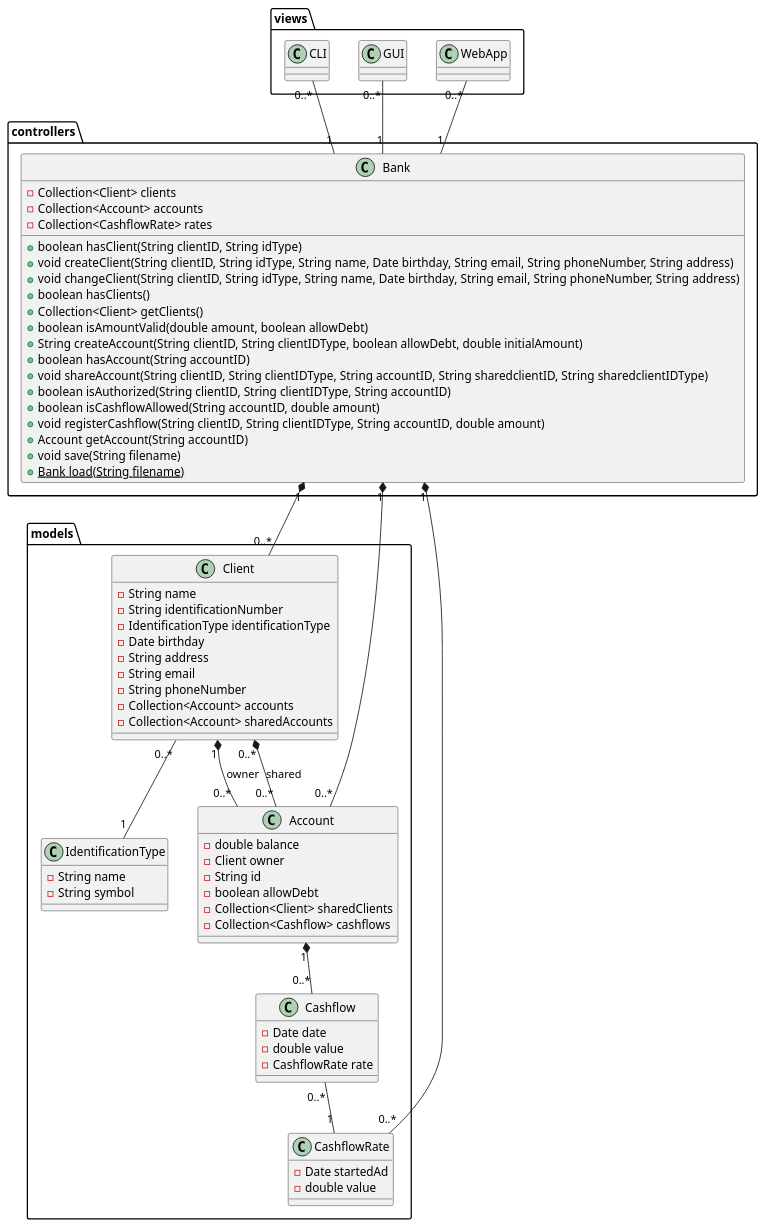
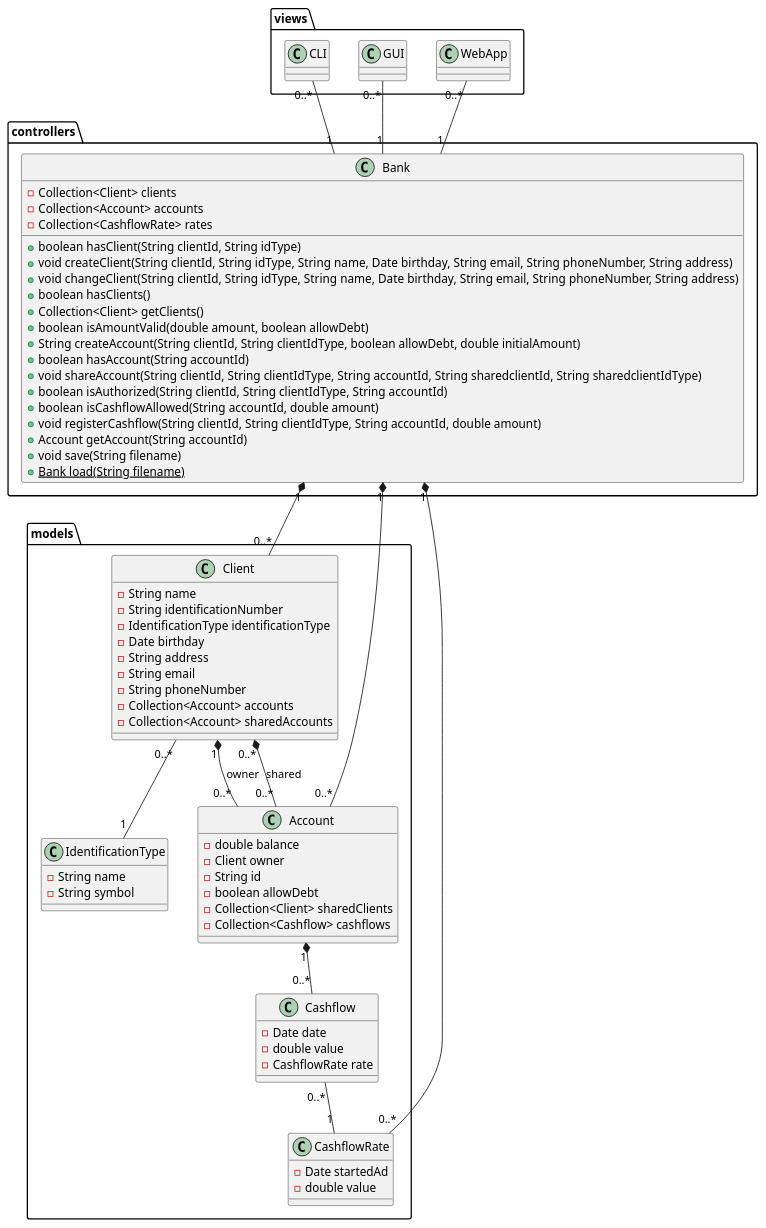
Before and after one commit to PedroFi/POO-2021-2022-Lab-5: the diagram in diagrams/design.puml, drawn with PlantUML. The commit also changed 3 other files, not shown here.

```diff
--- a/diagrams/design.puml
+++ b/diagrams/design.puml
@@ -1,82 +1,82 @@
 @startuml
 package models {
     class Client {
         -String name
         -String identificationNumber
         -IdentificationType identificationType
         -Date birthday
         -String address
         -String email
         -String phoneNumber
         -Collection<Account> accounts
         -Collection<Account> sharedAccounts
     }
 
     class IdentificationType {
         -String name
         -String symbol
     }
 
     class Account {
         -double balance
         -Client owner
         -String id
         -boolean allowDebt
         -Collection<Client> sharedClients
         -Collection<Cashflow> cashflows
     }
 
     class Cashflow {
         -Date date
         -double value
         -CashflowRate rate
     }
 
     class CashflowRate {
         -Date startedAd
         -double value
     }
 
     Client "1" *-- "0..*" Account : owner
     Client "0..*" *-- "0..*" Account : shared
     Client "0..*" -- "1" IdentificationType
     Account "1" *-- "0..*" Cashflow
     Cashflow "0..*" -- "1" CashflowRate
 }
 
 package controllers {
     class Bank {
         -Collection<Client> clients
         -Collection<Account> accounts
         -Collection<CashflowRate> rates
-        +boolean hasClient(String clientID, String idType)
-        +void createClient(String clientID, String idType, String name, Date birthday, String email, String phoneNumber, String address)
-        +void changeClient(String clientID, String idType, String name, Date birthday, String email, String phoneNumber, String address)
+        +boolean hasClient(String clientId, String idType)
+        +void createClient(String clientId, String idType, String name, Date birthday, String email, String phoneNumber, String address)
+        +void changeClient(String clientId, String idType, String name, Date birthday, String email, String phoneNumber, String address)
         +boolean hasClients()
         +Collection<Client> getClients()
         +boolean isAmountValid(double amount, boolean allowDebt)
-        +String createAccount(String clientID, String clientIDType, boolean allowDebt, double initialAmount)
-        +boolean hasAccount(String accountID)
-        +void shareAccount(String clientID, String clientIDType, String accountID, String sharedclientID, String sharedclientIDType)
-        +boolean isAuthorized(String clientID, String clientIDType, String accountID)
-        +boolean isCashflowAllowed(String accountID, double amount)
-        +void registerCashflow(String clientID, String clientIDType, String accountID, double amount)
-        +Account getAccount(String accountID)
+        +String createAccount(String clientId, String clientIdType, boolean allowDebt, double initialAmount)
+        +boolean hasAccount(String accountId)
+        +void shareAccount(String clientId, String clientIdType, String accountId, String sharedclientId, String sharedclientIdType)
+        +boolean isAuthorized(String clientId, String clientIdType, String accountId)
+        +boolean isCashflowAllowed(String accountId, double amount)
+        +void registerCashflow(String clientId, String clientIdType, String accountId, double amount)
+        +Account getAccount(String accountId)
         +void save(String filename)
         +{static}Bank load(String filename)
     }
     Bank "1" *-- "0..*" Client
     Bank "1" *-- "0..*" Account
     Bank "1" *-- "0..*" CashflowRate
 }
 
 package views {
     class CLI
     class GUI
     class WebApp
 }
 
 CLI "0..*" -- "1" Bank
 WebApp "0..*" -- "1" Bank
 GUI "0..*" -- "1" Bank
 @enduml
```
